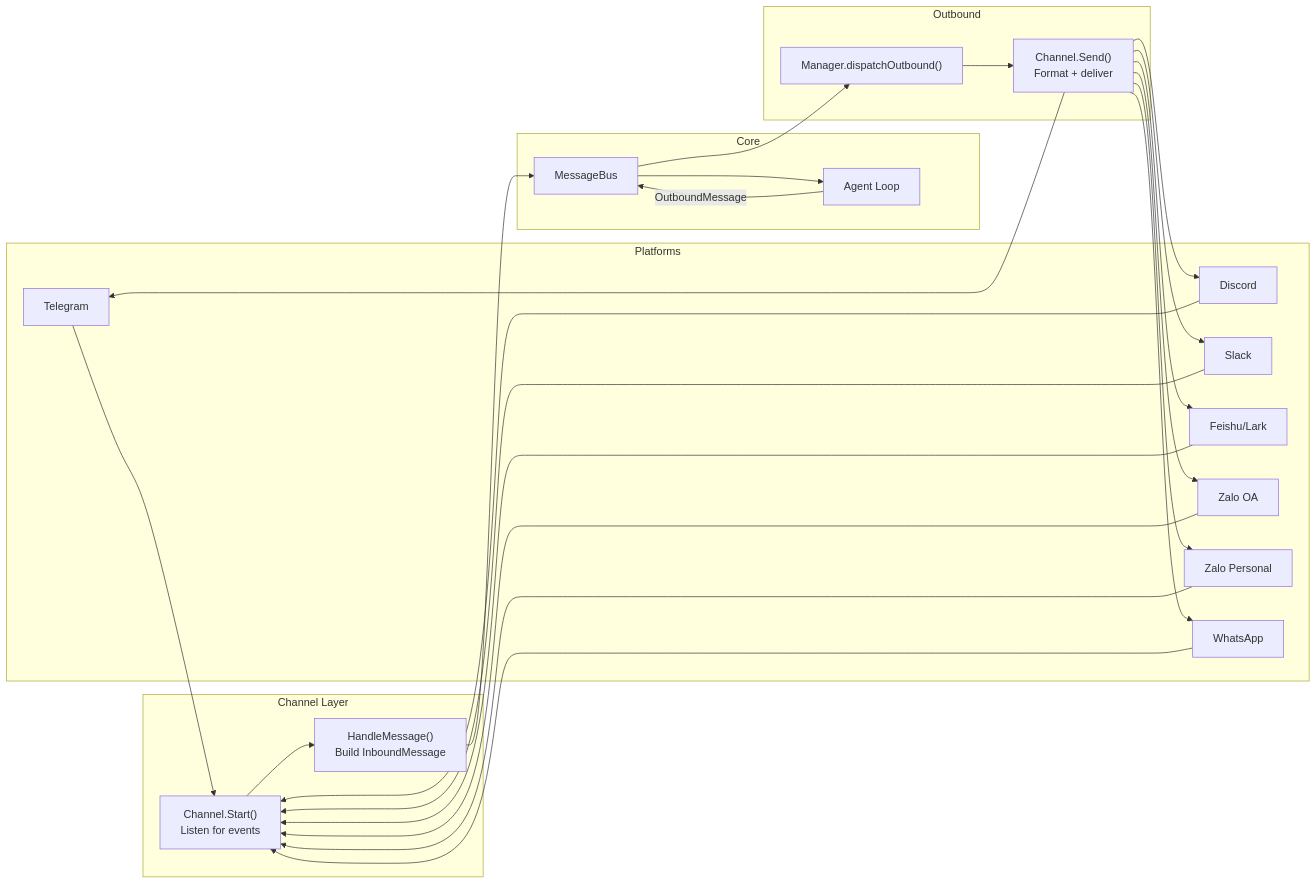
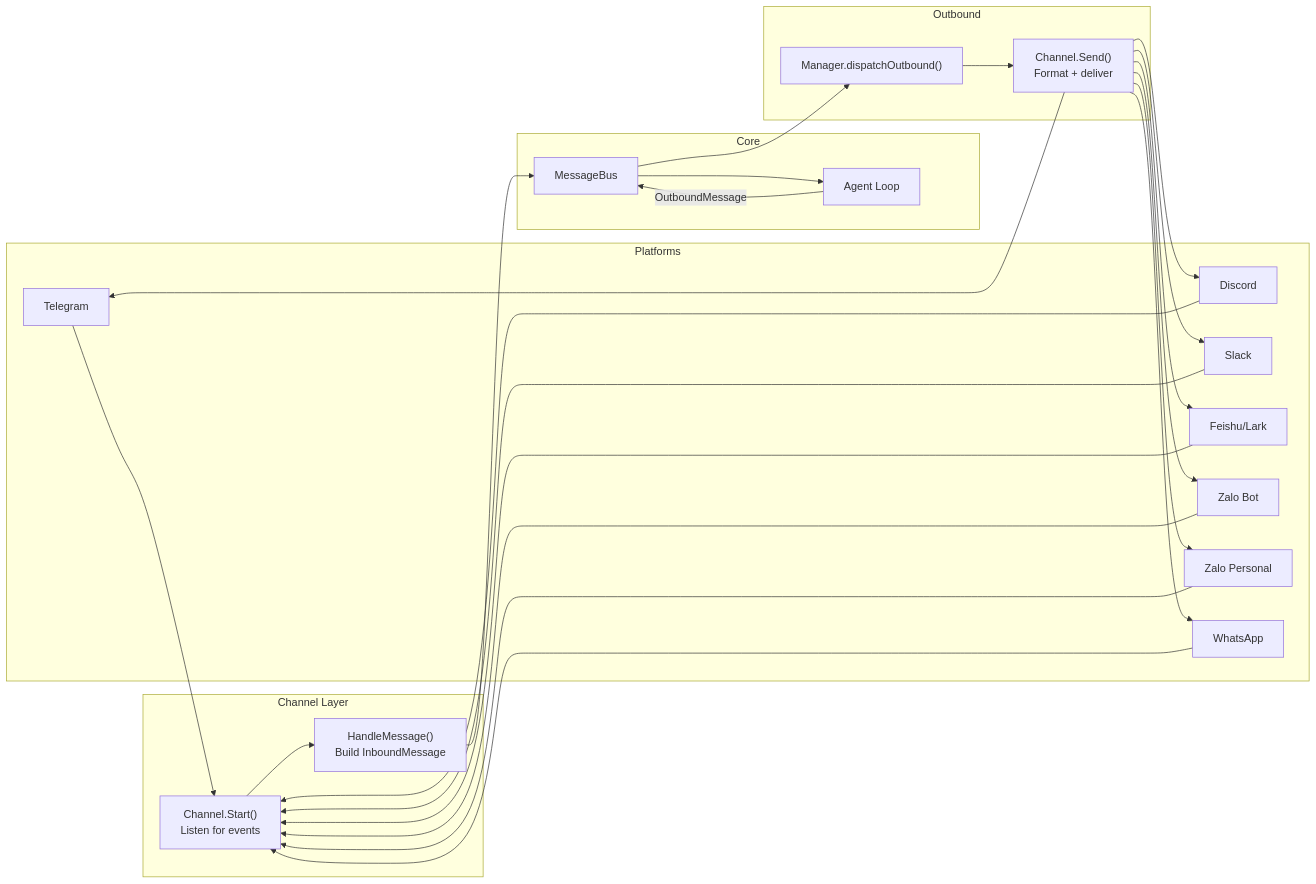
Before and after one commit to danielabelski/goclaw: the first of 10 diagrams in docs/05-channels-messaging.md, drawn with Mermaid. The commit also changed other lines of this file, not shown here.

First line of the commit message:
docs: clarify Zalo Bot API integration

````diff
--- a/docs/05-channels-messaging.md
+++ b/docs/05-channels-messaging.md
@@ -9,48 +9,48 @@
 ```mermaid
 flowchart LR
     subgraph Platforms
         TG["Telegram"]
         DC["Discord"]
         SL["Slack"]
         FS["Feishu/Lark"]
-        ZL["Zalo OA"]
+        ZL["Zalo Bot"]
         ZLP["Zalo Personal"]
         WA["WhatsApp"]
     end
 
     subgraph "Channel Layer"
         CH["Channel.Start()<br/>Listen for events"]
         HM["HandleMessage()<br/>Build InboundMessage"]
     end
 
     subgraph Core
         BUS["MessageBus"]
         AGENT["Agent Loop"]
     end
 
     subgraph Outbound
         DISPATCH["Manager.dispatchOutbound()"]
         SEND["Channel.Send()<br/>Format + deliver"]
     end
 
     TG --> CH
     DC --> CH
     SL --> CH
     FS --> CH
     ZL --> CH
     ZLP --> CH
     WA --> CH
     CH --> HM
     HM --> BUS
     BUS --> AGENT
     AGENT -->|OutboundMessage| BUS
     BUS --> DISPATCH
     DISPATCH --> SEND
     SEND --> TG
     SEND --> DC
     SEND --> SL
     SEND --> FS
     SEND --> ZL
     SEND --> ZLP
     SEND --> WA
 ```
````
